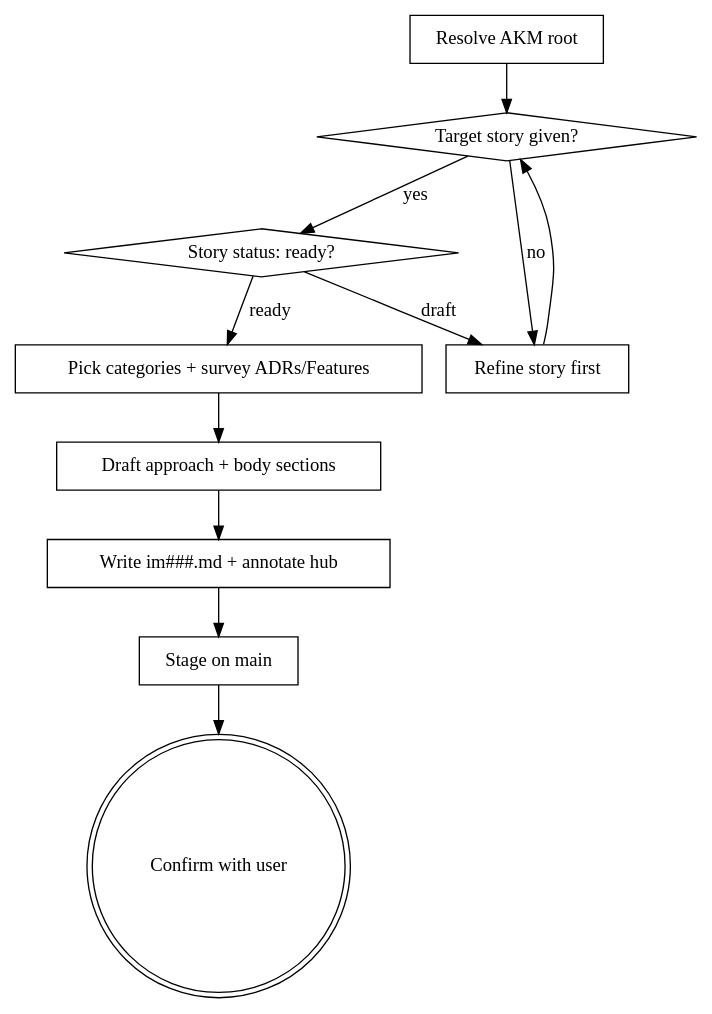
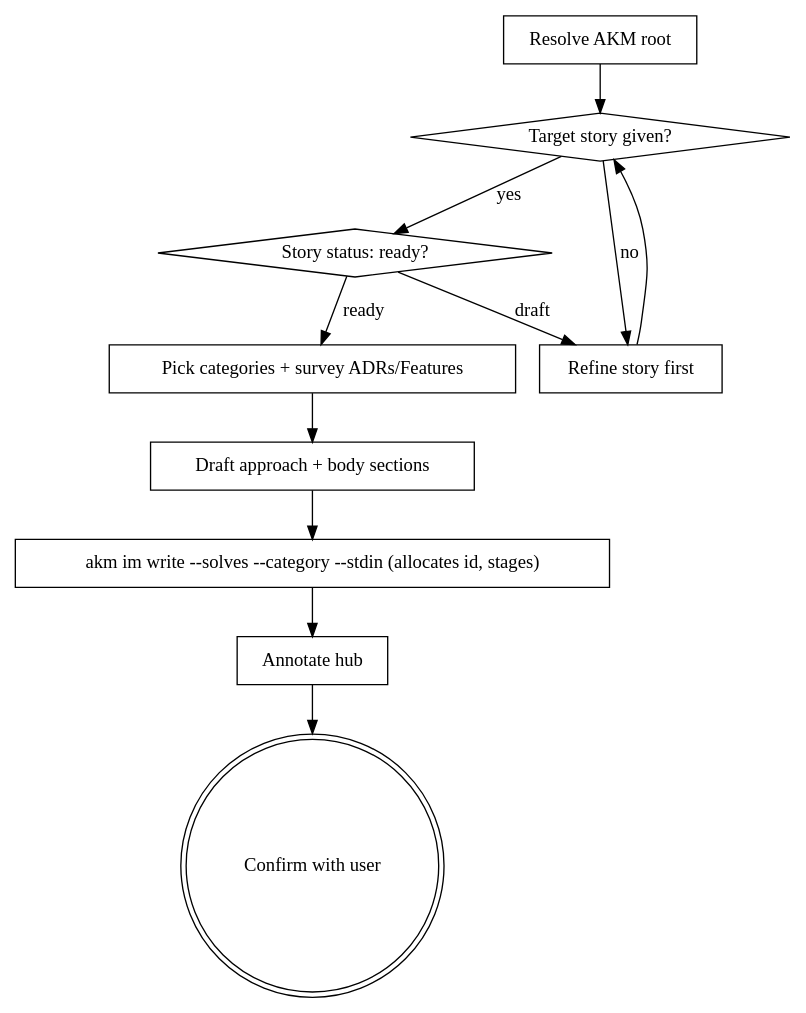
One commit to b3tchi/dotfiles changed the diagram in claude/marketplace/plugins/infinifu/skills/implementation-write/SKILL.md. Above: the diagram before and after it, drawn with Graphviz. The commit also changed other lines of this file and 2 other files, not shown here.

````diff
--- a/claude/marketplace/plugins/infinifu/skills/implementation-write/SKILL.md
+++ b/claude/marketplace/plugins/infinifu/skills/implementation-write/SKILL.md
@@ -151,24 +151,24 @@
 ```dot
 digraph implementation_write {
     "Resolve AKM root" [shape=box];
     "Target story given?" [shape=diamond];
     "Story status: ready?" [shape=diamond];
     "Refine story first" [shape=box];
     "Pick categories + survey ADRs/Features" [shape=box];
     "Draft approach + body sections" [shape=box];
-    "Write im###.md + annotate hub" [shape=box];
-    "Stage on main" [shape=box];
+    "akm im write --solves --category --stdin (allocates id, stages)" [shape=box];
+    "Annotate hub" [shape=box];
     "Confirm with user" [shape=doublecircle];
 
     "Resolve AKM root" -> "Target story given?";
     "Target story given?" -> "Refine story first" [label="no"];
     "Refine story first" -> "Target story given?";
     "Target story given?" -> "Story status: ready?" [label="yes"];
     "Story status: ready?" -> "Refine story first" [label="draft"];
     "Story status: ready?" -> "Pick categories + survey ADRs/Features" [label="ready"];
     "Pick categories + survey ADRs/Features" -> "Draft approach + body sections";
-    "Draft approach + body sections" -> "Write im###.md + annotate hub";
-    "Write im###.md + annotate hub" -> "Stage on main";
-    "Stage on main" -> "Confirm with user";
+    "Draft approach + body sections" -> "akm im write --solves --category --stdin (allocates id, stages)";
+    "akm im write --solves --category --stdin (allocates id, stages)" -> "Annotate hub";
+    "Annotate hub" -> "Confirm with user";
 }
 ```
````
